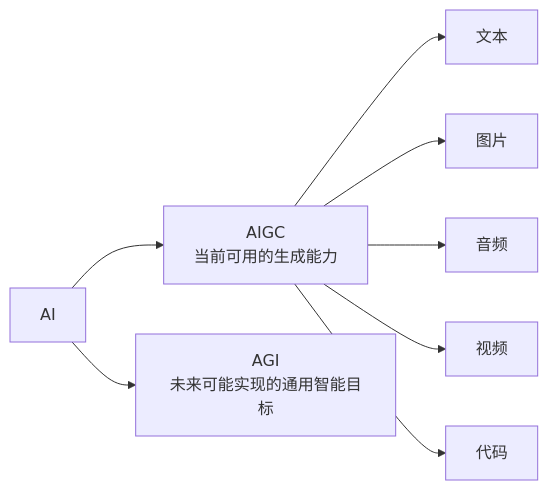
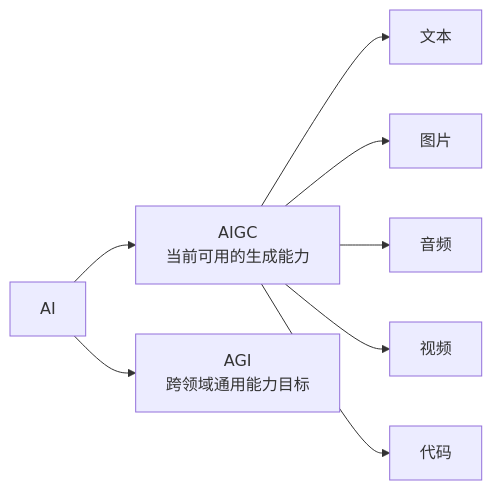
Before and after one commit to benx92/ai-learning-notes: diagram 11 of 15 in 01-我先把大模型是什么这件事想明白.md, drawn with Mermaid. The commit also changed other lines of this file and 36 other files, not shown here.

````diff
--- a/01-我先把大模型是什么这件事想明白.md
+++ b/01-我先把大模型是什么这件事想明白.md
@@ -499,10 +485,10 @@
 ```mermaid
 flowchart LR
     AI[AI] --> AIGC[AIGC<br/>当前可用的生成能力]
-    AI --> AGI[AGI<br/>未来可能实现的通用智能目标]
+    AI --> AGI[AGI<br/>跨领域通用能力目标]
     AIGC --> Text[文本]
     AIGC --> Image[图片]
     AIGC --> Audio[音频]
     AIGC --> Video[视频]
     AIGC --> Code[代码]
 ```
````
